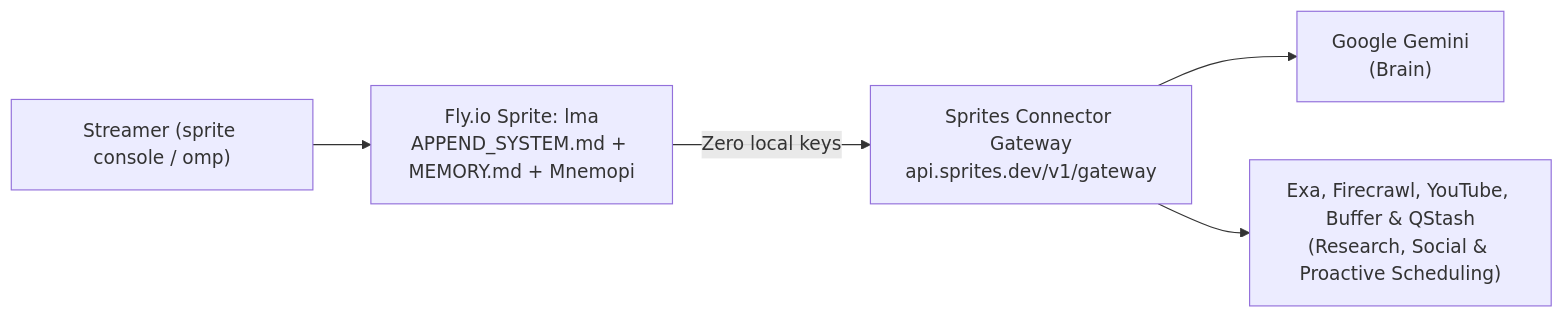
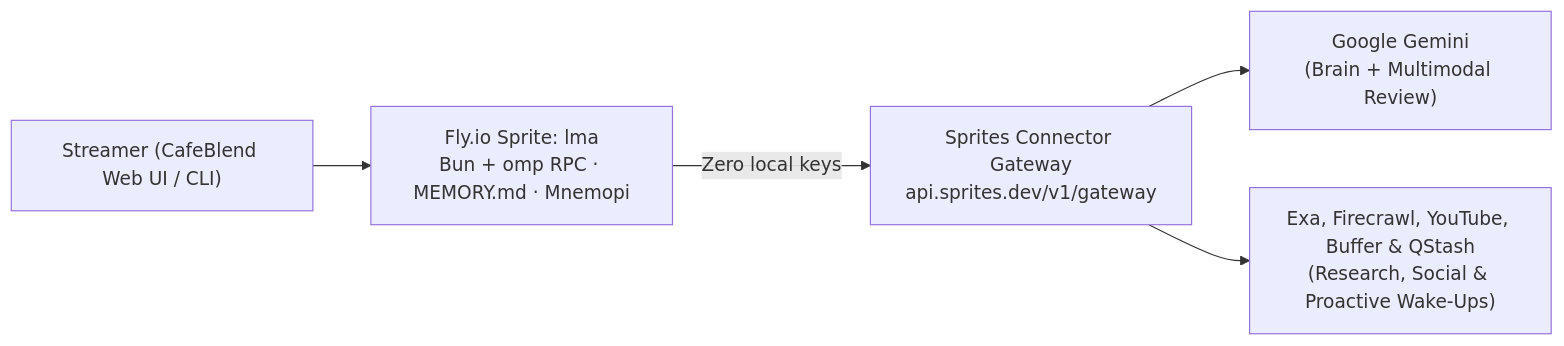
The diagram in README.md (roffidaijoubu/otto), drawn with Mermaid before and after one commit. The commit also changed other lines of this file, not shown here.

````diff
--- a/README.md
+++ b/README.md
@@ -51,7 +51,7 @@
 ```mermaid
 flowchart LR
-    U["Streamer (sprite console / omp)"] --> S["Fly.io Sprite: lma<br/>APPEND_SYSTEM.md + MEMORY.md + Mnemopi"]
+    U["Streamer (CafeBlend Web UI / CLI)"] --> S["Fly.io Sprite: lma<br/>Bun + omp RPC · MEMORY.md · Mnemopi"]
     S -->|"Zero local keys"| G["Sprites Connector Gateway<br/>api.sprites.dev/v1/gateway"]
-    G --> M["Google Gemini<br/>(Brain)"]
-    G --> E["Exa, Firecrawl, YouTube, Buffer &amp; QStash<br/>(Research, Social &amp; Proactive Scheduling)"]
+    G --> M["Google Gemini<br/>(Brain + Multimodal Review)"]
+    G --> E["Exa, Firecrawl, YouTube, Buffer &amp; QStash<br/>(Research, Social &amp; Proactive Wake-Ups)"]
 ```
````
